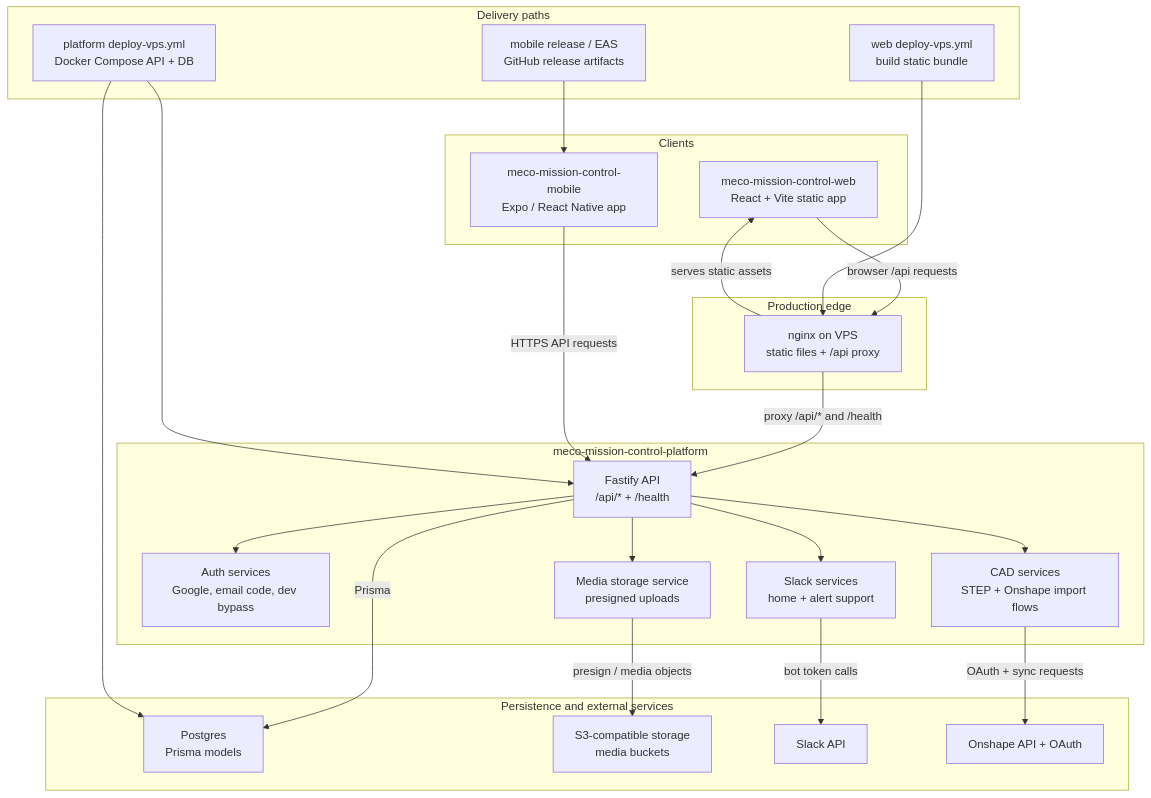
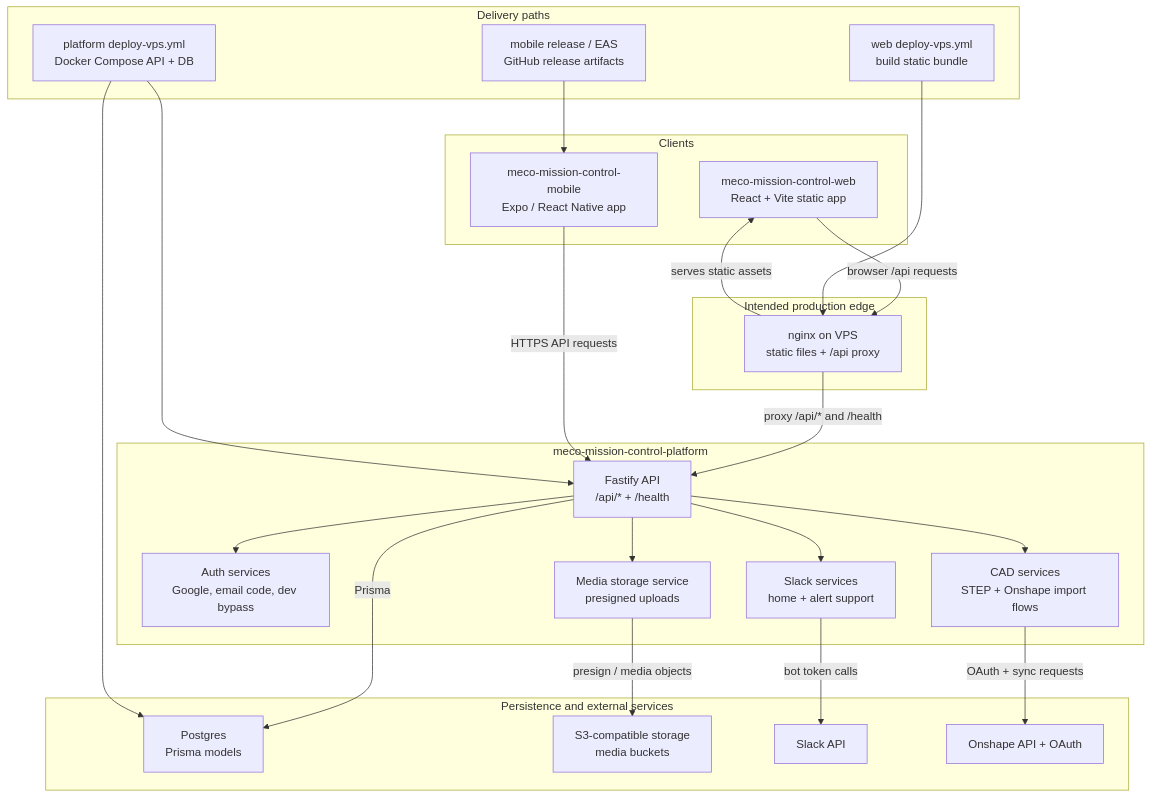
The diagram in public/docs/cross-repo-architecture.md (MECO-Robotics/meco-mission-control-web), drawn with Mermaid before and after one commit. The commit also changed other lines of this file and 12 other files, not shown here.

````diff
--- a/public/docs/cross-repo-architecture.md
+++ b/public/docs/cross-repo-architecture.md
@@ -9,52 +9,52 @@
 ```mermaid
 flowchart TB
   subgraph Clients
     Web["meco-mission-control-web\nReact + Vite static app"]
     Mobile["meco-mission-control-mobile\nExpo / React Native app"]
   end
 
-  subgraph Edge["Production edge"]
+  subgraph Edge["Intended production edge"]
     Nginx["nginx on VPS\nstatic files + /api proxy"]
   end
 
   subgraph Platform["meco-mission-control-platform"]
     Api["Fastify API\n/api/* + /health"]
     Auth["Auth services\nGoogle, email code, dev bypass"]
     Cad["CAD services\nSTEP + Onshape import flows"]
     SlackSvc["Slack services\nhome + alert support"]
     StorageSvc["Media storage service\npresigned uploads"]
   end
 
   subgraph Data["Persistence and external services"]
     Postgres["Postgres\nPrisma models"]
     S3["S3-compatible storage\nmedia buckets"]
     Slack["Slack API"]
     Onshape["Onshape API + OAuth"]
   end
 
   subgraph Delivery["Delivery paths"]
     WebDeploy["web deploy-vps.yml\nbuild static bundle"]
     PlatformDeploy["platform deploy-vps.yml\nDocker Compose API + DB"]
     MobileRelease["mobile release / EAS\nGitHub release artifacts"]
   end
 
   Web -->|"browser /api requests"| Nginx
   Nginx -->|"proxy /api/* and /health"| Api
   Nginx -->|"serves static assets"| Web
   Mobile -->|"HTTPS API requests"| Api
 
   Api --> Auth
   Api --> Cad
   Api --> SlackSvc
   Api --> StorageSvc
 
   Api -->|"Prisma"| Postgres
   StorageSvc -->|"presign / media objects"| S3
   SlackSvc -->|"bot token calls"| Slack
   Cad -->|"OAuth + sync requests"| Onshape
 
   WebDeploy --> Nginx
   PlatformDeploy --> Api
   PlatformDeploy --> Postgres
   MobileRelease --> Mobile
 ```
````
